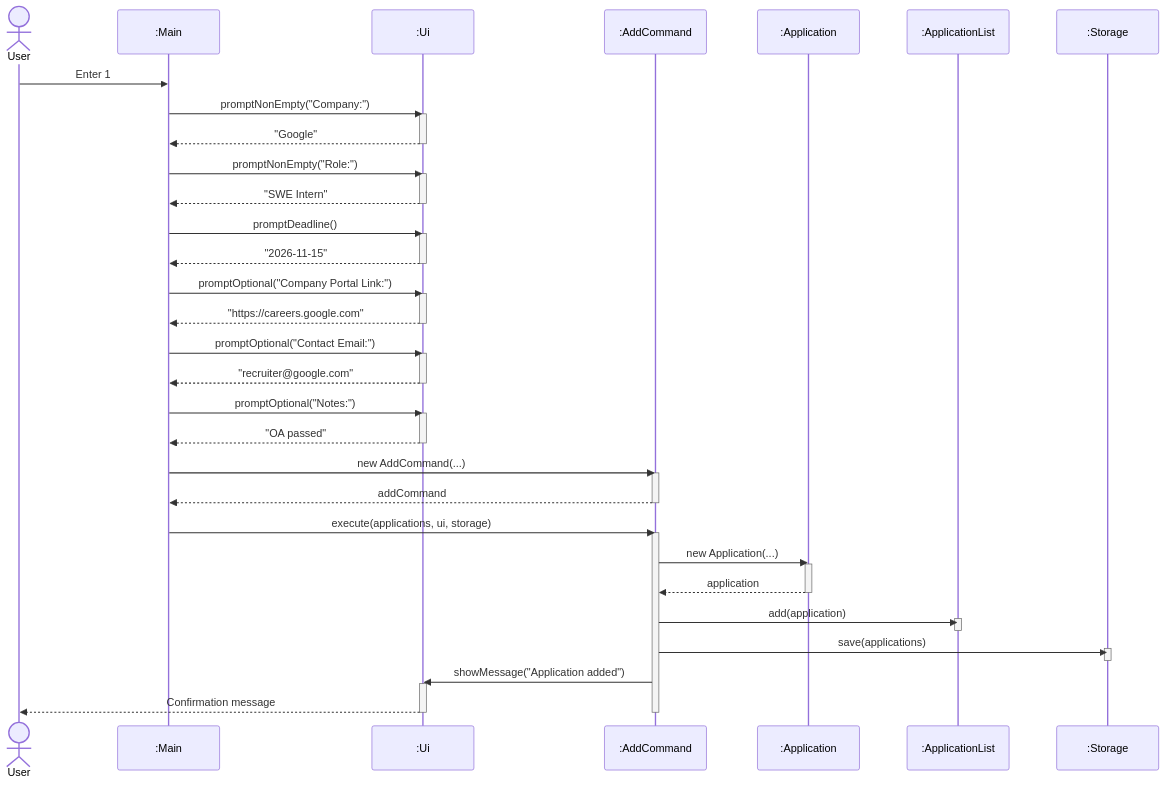
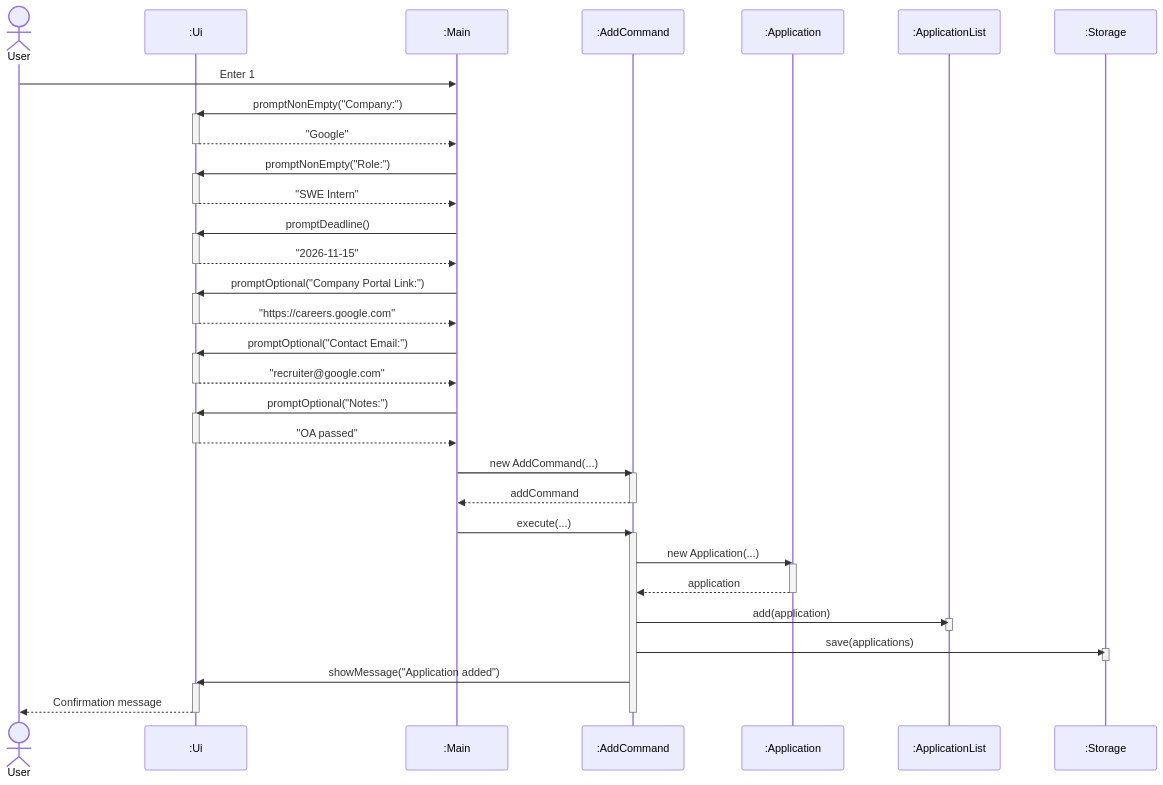
The diagram in docs/diagrams/sources/add-application-sequence.mmd (AY2627S1-CS2113-T10-2/tp), drawn with Mermaid before and after one commit. The commit also changed 41 other files, not shown here.

First line of the commit message:
docs: scale architecture and activity diagrams to full width and eliminate lifeline text crossings

```diff
--- a/docs/diagrams/sources/add-application-sequence.mmd
+++ b/docs/diagrams/sources/add-application-sequence.mmd
@@ -1,58 +1,59 @@
-%%{init: {'theme': 'default', 'sequence': {'actorMargin': 70, 'messageMargin': 45}}}%%
+%%{init: {'theme': 'default', 'sequence': {'actorMargin': 85, 'messageMargin': 45}}}%%
+%%{init: {'theme': 'default', 'sequence': {'actorMargin': 80, 'messageMargin': 45}}}%%
 sequenceDiagram
     actor user as User
+    participant ui as :Ui
     participant main as :Main
-    participant ui as :Ui
     participant cmd as :AddCommand
     participant app as :Application
     participant list as :ApplicationList
     participant storage as :Storage
 
     user->>main: Enter 1
     main->>ui: promptNonEmpty("Company:")
     activate ui
     ui-->>main: "Google"
     deactivate ui
     main->>ui: promptNonEmpty("Role:")
     activate ui
     ui-->>main: "SWE Intern"
     deactivate ui
     main->>ui: promptDeadline()
     activate ui
     ui-->>main: "2026-11-15"
     deactivate ui
     main->>ui: promptOptional("Company Portal Link:")
     activate ui
     ui-->>main: "https://careers.google.com"
     deactivate ui
     main->>ui: promptOptional("Contact Email:")
     activate ui
     ui-->>main: "recruiter@google.com"
     deactivate ui
     main->>ui: promptOptional("Notes:")
     activate ui
     ui-->>main: "OA passed"
     deactivate ui
 
     main->>cmd: new AddCommand(...)
     activate cmd
     cmd-->>main: addCommand
     deactivate cmd
 
-    main->>cmd: execute(applications, ui, storage)
+    main->>cmd: execute(...)
     activate cmd
     cmd->>app: new Application(...)
     activate app
     app-->>cmd: application
     deactivate app
     cmd->>list: add(application)
     activate list
     deactivate list
     cmd->>storage: save(applications)
     activate storage
     deactivate storage
     cmd->>ui: showMessage("Application added")
     activate ui
     ui-->>user: Confirmation message
     deactivate ui
     deactivate cmd
```
